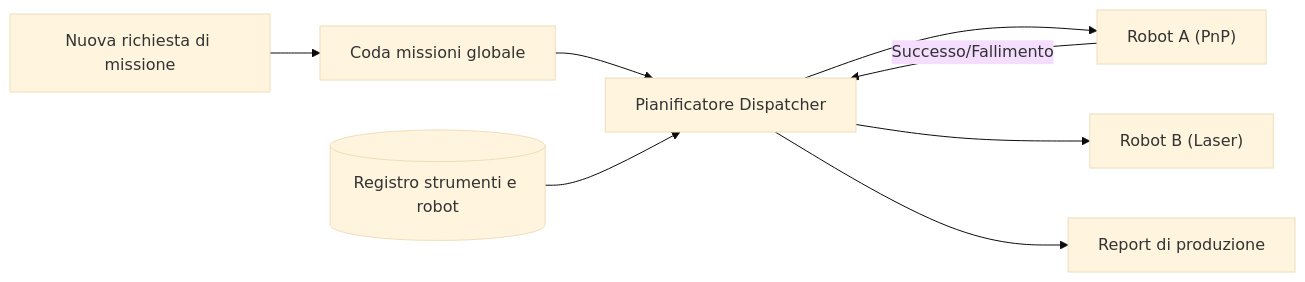
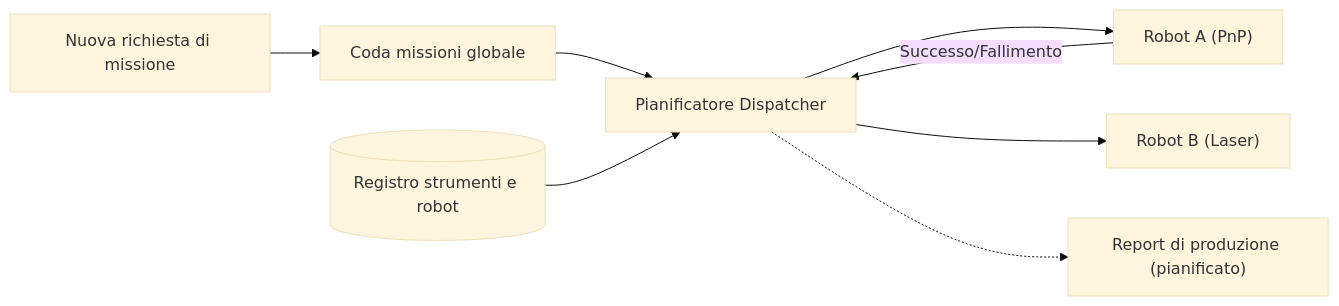
One commit to JuanenRac/HYDRA-UMC-JOB-DISPATCHER changed the diagram in README_ita.md. Above: the diagram before and after it, drawn with Mermaid (base theme). The commit also changed other lines of this file and 20 other files, not shown here.

````diff
--- a/README_ita.md
+++ b/README_ita.md
@@ -41,10 +41,10 @@
 ```mermaid
 flowchart LR
     REQ["Nuova richiesta di missione"] --> Q["Coda missioni globale"]
     Q --> SCHED["Pianificatore Dispatcher"]
     DB[("Registro strumenti e robot")] --> SCHED
     SCHED --> R1["Robot A (PnP)"]
     SCHED --> R2["Robot B (Laser)"]
     R1 -- Successo/Fallimento --> SCHED
-    SCHED --> LOG["Report di produzione"]
+    SCHED -.-> LOG["Report di produzione (pianificato)"]
 ```
````
